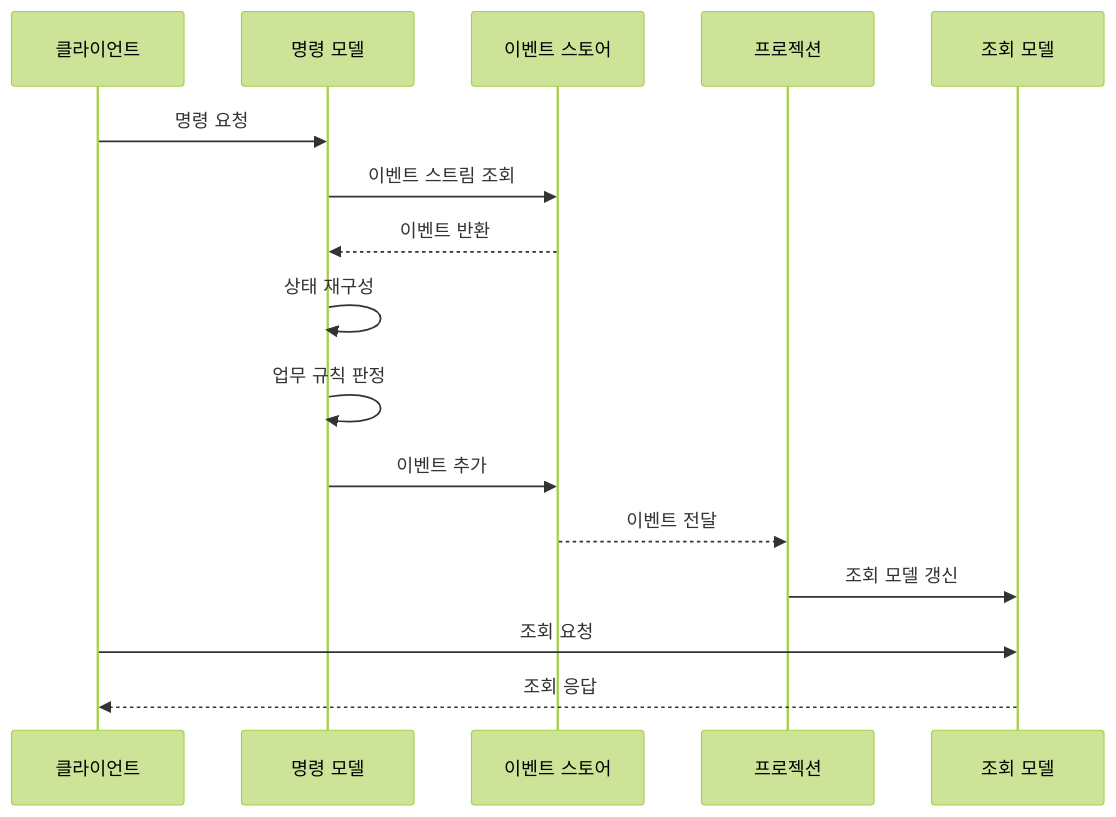
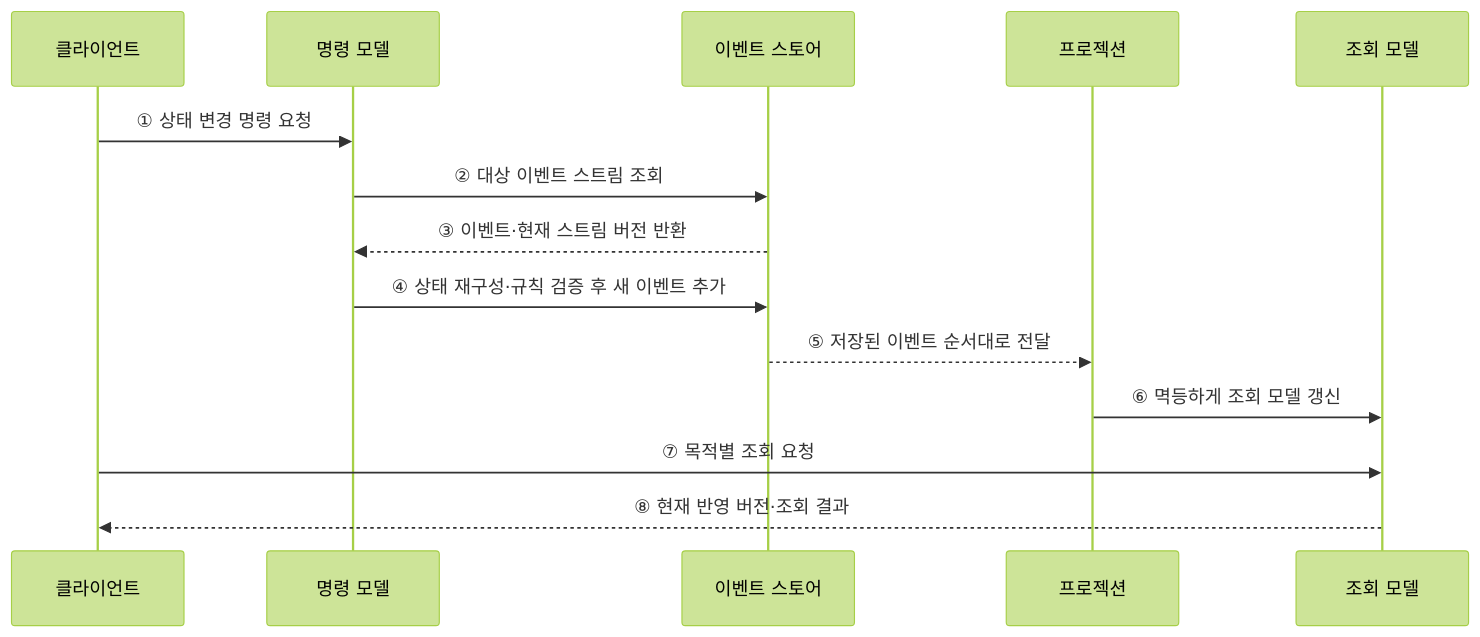
Before and after one commit to agnusdei1207/knowledge-base: the second of 2 diagrams in src/content/docs/notes/03-software/043_event_sourcing_cqrs.md, drawn with Mermaid (forest theme). The commit also changed other lines of this file and 20 other files, not shown here.

````diff
--- a/src/content/docs/notes/03-software/043_event_sourcing_cqrs.md
+++ b/src/content/docs/notes/03-software/043_event_sourcing_cqrs.md
@@ -95,18 +87,16 @@
 ```mermaid
 sequenceDiagram
     participant C as 클라이언트
     participant M as 명령 모델
     participant E as 이벤트 스토어
     participant P as 프로젝션
     participant R as 조회 모델
-    C->>M: 명령 요청
-    M->>E: 이벤트 스트림 조회
-    E-->>M: 이벤트 반환
-    M->>M: 상태 재구성
-    M->>M: 업무 규칙 판정
-    M->>E: 이벤트 추가
-    E-->>P: 이벤트 전달
-    P->>R: 조회 모델 갱신
-    C->>R: 조회 요청
-    R-->>C: 조회 응답
+    C->>M: ① 상태 변경 명령 요청
+    M->>E: ② 대상 이벤트 스트림 조회
+    E-->>M: ③ 이벤트·현재 스트림 버전 반환
+    M->>E: ④ 상태 재구성·규칙 검증 후 새 이벤트 추가
+    E-->>P: ⑤ 저장된 이벤트 순서대로 전달
+    P->>R: ⑥ 멱등하게 조회 모델 갱신
+    C->>R: ⑦ 목적별 조회 요청
+    R-->>C: ⑧ 현재 반영 버전·조회 결과
 ```
````
